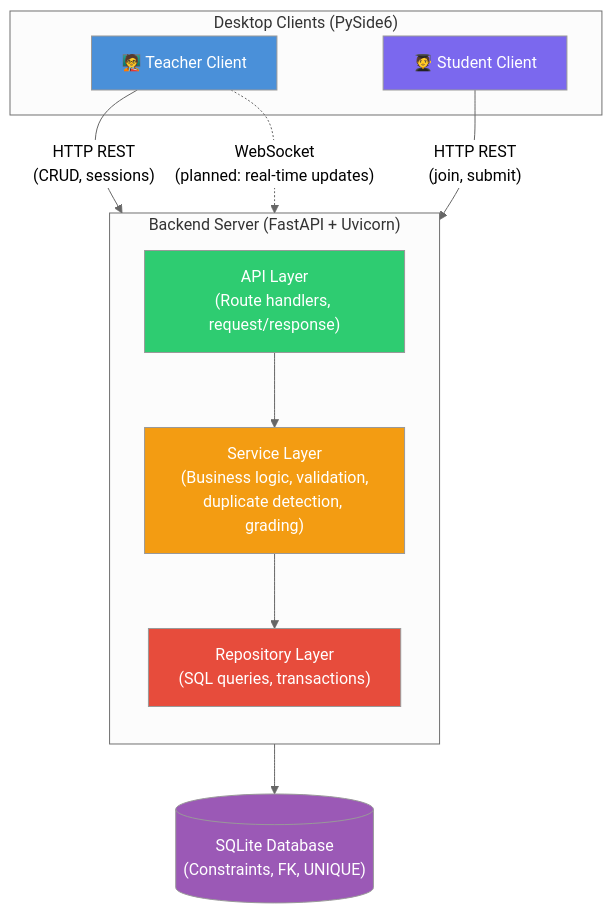
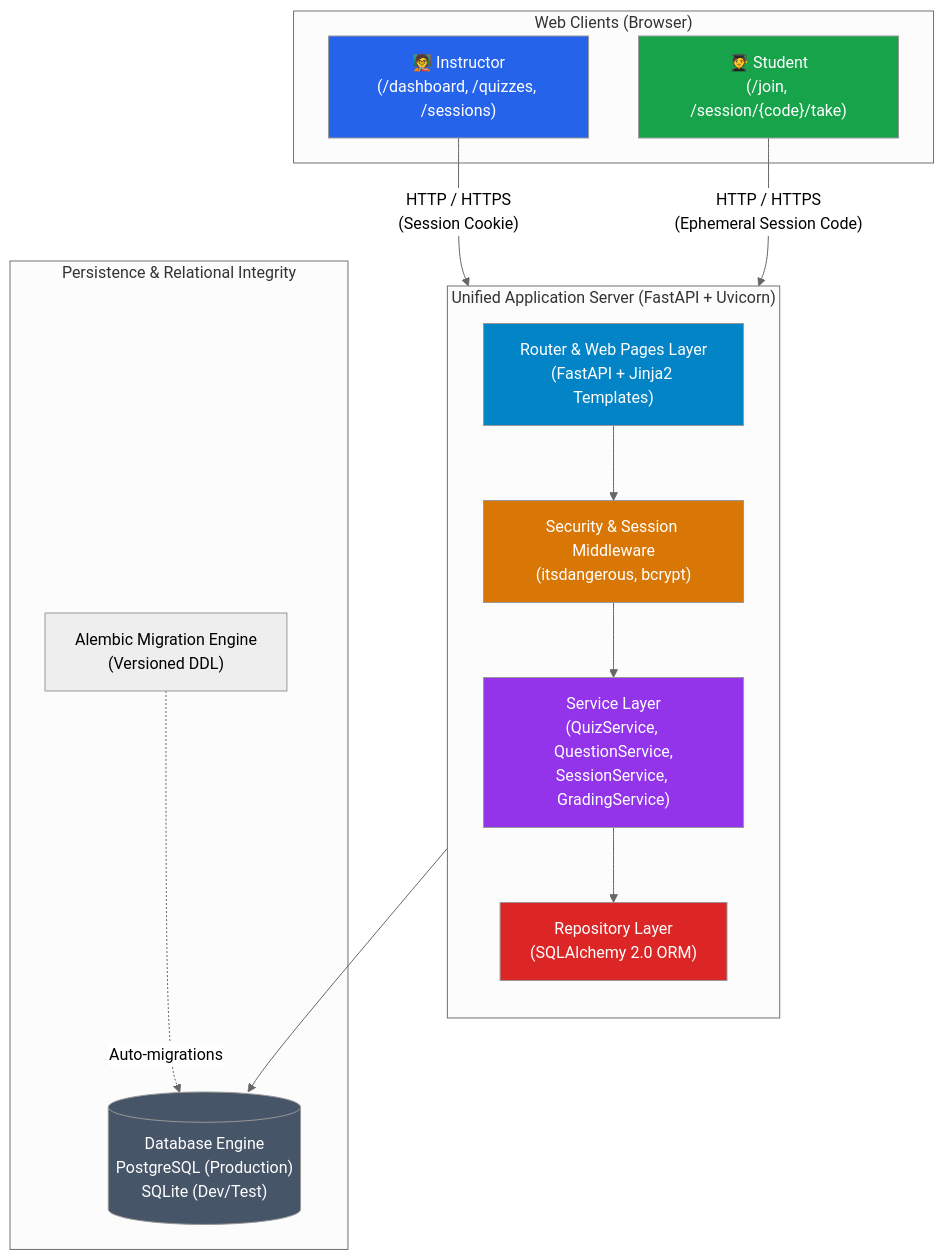
One commit to SakshamSinghSaloni/-BBAT104_TQM_-AU-24-5271- changed the first of 3 diagrams in docs/architecture.md. Above: the diagram before and after it, drawn with Mermaid (neutral theme). The commit also changed other lines of this file and 52 other files, not shown here.

Commit message:
feat(web): build unified web app with hybrid auth, retiring desktop apps (Stage 5)

````diff
--- a/docs/architecture.md
+++ b/docs/architecture.md
@@ -14,31 +13,37 @@
 ```mermaid
 flowchart TD
-    subgraph Clients["Desktop Clients (PySide6)"]
-        TC["🧑‍🏫 Teacher Client"]
-        SC["🧑‍🎓 Student Client"]
+    subgraph Clients["Web Clients (Browser)"]
+        TC["🧑‍🏫 Instructor\n(/dashboard, /quizzes, /sessions)"]
+        SC["🧑‍🎓 Student\n(/join, /session/{code}/take)"]
     end
 
-    subgraph Backend["Backend Server (FastAPI + Uvicorn)"]
+    subgraph AppServer["Unified Application Server (FastAPI + Uvicorn)"]
         direction TB
-        API["API Layer\n(Route handlers, request/response)"]
-        SVC["Service Layer\n(Business logic, validation,\nduplicate detection, grading)"]
-        REPO["Repository Layer\n(SQL queries, transactions)"]
+        ROUTER["Router & Web Pages Layer\n(FastAPI + Jinja2 Templates)"]
+        MW["Security & Session Middleware\n(itsdangerous, bcrypt)"]
+        SVC["Service Layer\n(QuizService, QuestionService,\nSessionService, GradingService)"]
+        REPO["Repository Layer\n(SQLAlchemy 2.0 ORM)"]
     end
 
-    DB[("SQLite Database\n(Constraints, FK, UNIQUE)")]
+    subgraph Persistence["Persistence & Relational Integrity"]
+        DB[("Database Engine\nPostgreSQL (Production)\nSQLite (Dev/Test)")]
+        ALEMBIC["Alembic Migration Engine\n(Versioned DDL)"]
+    end
 
-    TC -->|"HTTP REST\n(CRUD, sessions)"| API
-    SC -->|"HTTP REST\n(join, submit)"| API
-    TC -.->|"WebSocket\n(planned: real-time updates)"| API
+    TC -->|"HTTP / HTTPS\n(Session Cookie)"| ROUTER
+    SC -->|"HTTP / HTTPS\n(Ephemeral Session Code)"| ROUTER
 
-    API --> SVC
+    ROUTER --> MW
+    MW --> SVC
     SVC --> REPO
     REPO --> DB
+    ALEMBIC -.->|"Auto-migrations"| DB
 
-    style TC fill:#4A90D9,color:#fff
-    style SC fill:#7B68EE,color:#fff
-    style API fill:#2ECC71,color:#fff
-    style SVC fill:#F39C12,color:#fff
-    style REPO fill:#E74C3C,color:#fff
-    style DB fill:#9B59B6,color:#fff
+    style TC fill:#2563eb,color:#fff
+    style SC fill:#16a34a,color:#fff
+    style ROUTER fill:#0284c7,color:#fff
+    style MW fill:#d97706,color:#fff
+    style SVC fill:#9333ea,color:#fff
+    style REPO fill:#dc2626,color:#fff
+    style DB fill:#475569,color:#fff
 ```
````
